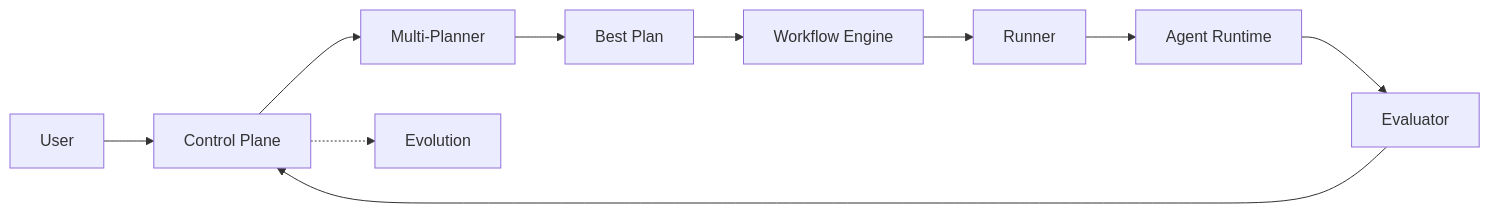
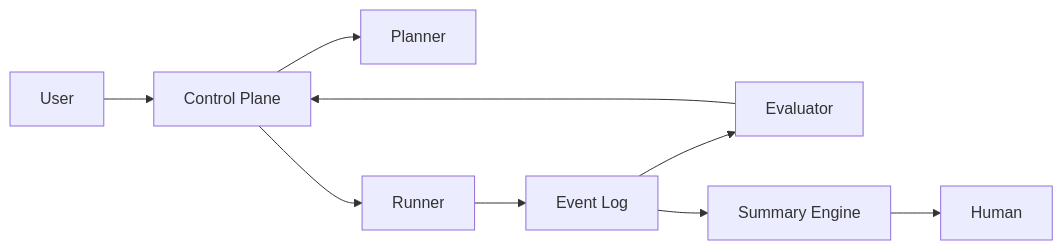
One commit to hieupmse05244/tai-lieu-nghien-cuu-ai-agent changed the eighth of 8 diagrams in 01-Research/Phase-01-Foundation/Introduction.md. Above: the diagram before and after it, drawn with Mermaid. The commit also changed other lines of this file and 40 other files, not shown here.

````diff
--- a/01-Research/Phase-01-Foundation/Introduction.md
+++ b/01-Research/Phase-01-Foundation/Introduction.md
@@ -548,12 +596,11 @@
 ```mermaid
 graph LR
     User --> CP[Control Plane]
-    CP --> MP[Multi-Planner]
-    MP --> BP[Best Plan]
-    BP --> WF[Workflow Engine]
-    WF --> RN[Runner]
-    RN --> AR[Agent Runtime]
-    AR --> EV[Evaluator]
+    CP --> PL[Planner]
+    CP --> RN[Runner]
+    RN --> EL[Event Log]
+    EL --> EV[Evaluator]
     EV --> CP
-    CP -.-> Evolution
+    EL --> SE[Summary Engine]
+    SE --> Human
 ```
````
